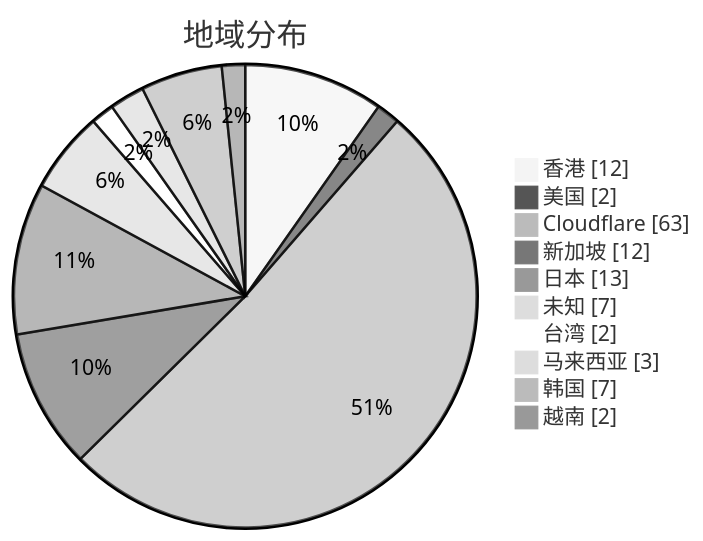
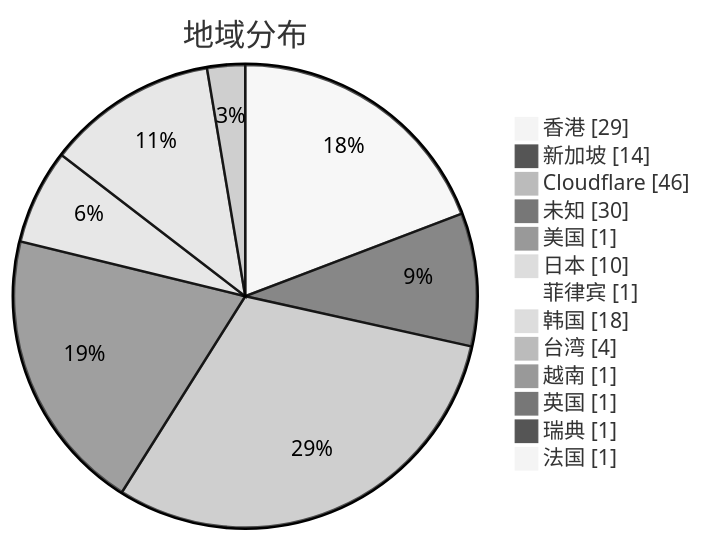
Before and after one commit to qjlxg/airport: the second of 3 diagrams in subs/statistics/tested_within.md, drawn with Mermaid (neutral theme). The commit also changed other lines of this file and 2 other files, not shown here.

Commit message:
Tested by metaST

````diff
--- a/subs/statistics/tested_within.md
+++ b/subs/statistics/tested_within.md
@@ -11,14 +12,17 @@
 ```mermaid
 pie showData
 title 地域分布
-"香港" : 12
-"美国" : 2
-"Cloudflare" : 63
-"新加坡" : 12
-"日本" : 13
-"未知" : 7
-"台湾" : 2
-"马来西亚" : 3
-"韩国" : 7
-"越南" : 2
+"香港" : 29
+"新加坡" : 14
+"Cloudflare" : 46
+"未知" : 30
+"美国" : 1
+"日本" : 10
+"菲律宾" : 1
+"韩国" : 18
+"台湾" : 4
+"越南" : 1
+"英国" : 1
+"瑞典" : 1
+"法国" : 1
 ```
````
